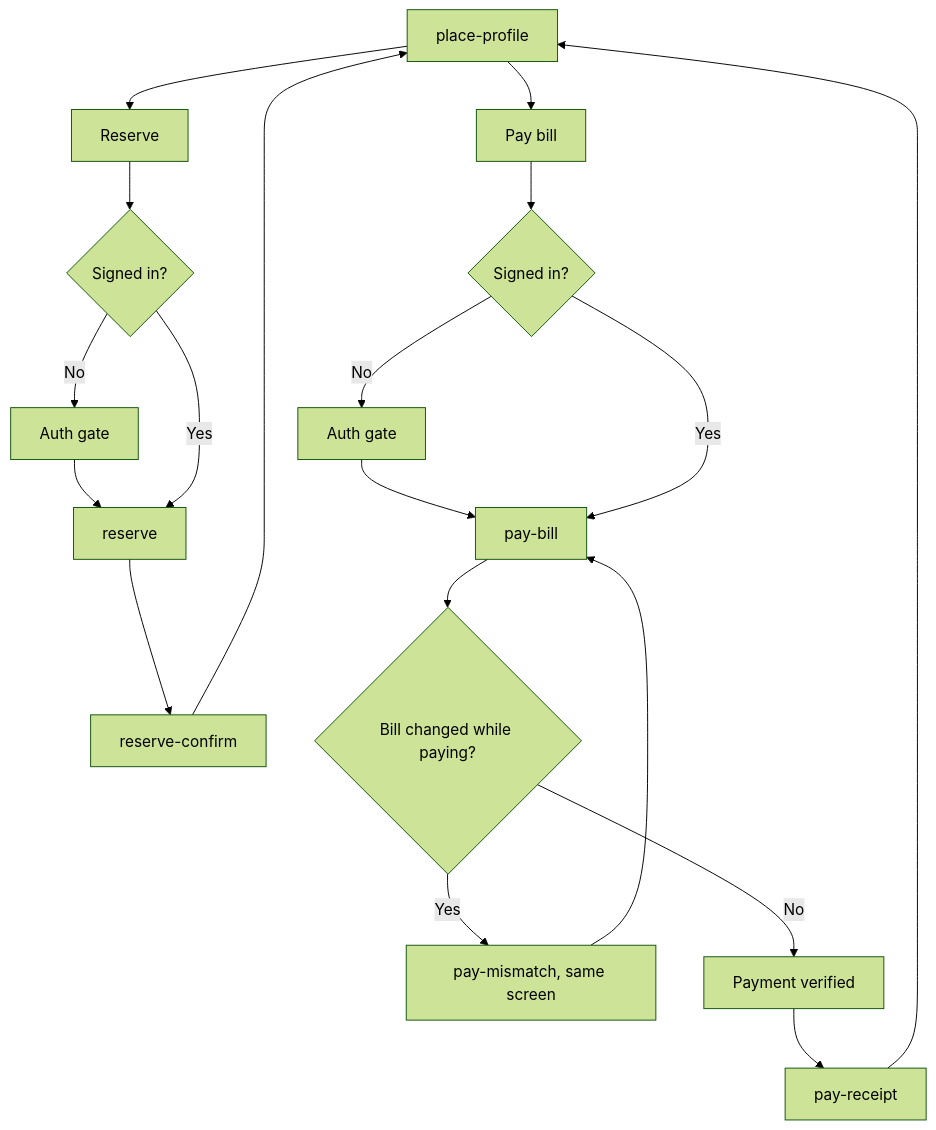
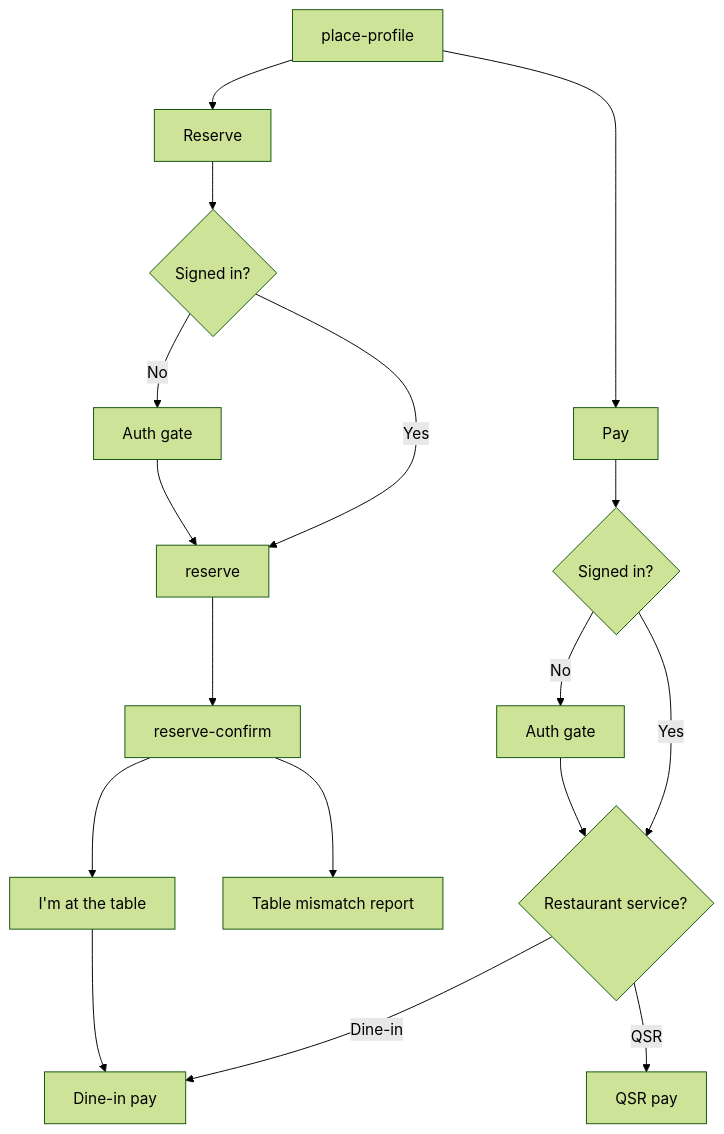
Before and after one commit to bawra11/elite-product: the diagram in product/detail-flows/09-reserve-and-pay.md, drawn with Mermaid (forest theme). The commit also changed other lines of this file and 10 other files, not shown here.

First line of the commit message:
Add dine-in, QSR, and WhatsApp flowcharts.

````diff
--- a/product/detail-flows/09-reserve-and-pay.md
+++ b/product/detail-flows/09-reserve-and-pay.md
@@ -5,23 +5,21 @@
 ```mermaid
 flowchart TD
   place["place-profile"] --> reserveTap["Reserve"]
-  place --> payTap["Pay bill"]
+  place --> payTap["Pay"]
 
   reserveTap --> gateR{Signed in?}
   gateR -->|No| authR["Auth gate"]
   authR --> reserve
   gateR -->|Yes| reserve["reserve"]
   reserve --> held["reserve-confirm"]
-  held --> place
+  held --> open["I'm at the table"]
+  open --> dine["Dine-in pay"]
+  held --> mismatch["Table mismatch report"]
 
   payTap --> gateP{Signed in?}
   gateP -->|No| authP["Auth gate"]
-  authP --> bill
-  gateP -->|Yes| bill["pay-bill"]
-  bill --> changed{Bill changed while paying?}
-  changed -->|Yes| mismatch["pay-mismatch, same screen"]
-  mismatch --> bill
-  changed -->|No| paid["Payment verified"]
-  paid --> receipt["pay-receipt"]
-  receipt --> place
+  authP --> mode
+  gateP -->|Yes| mode{Restaurant service?}
+  mode -->|Dine-in| dine
+  mode -->|QSR| qsr["QSR pay"]
 ```
````
